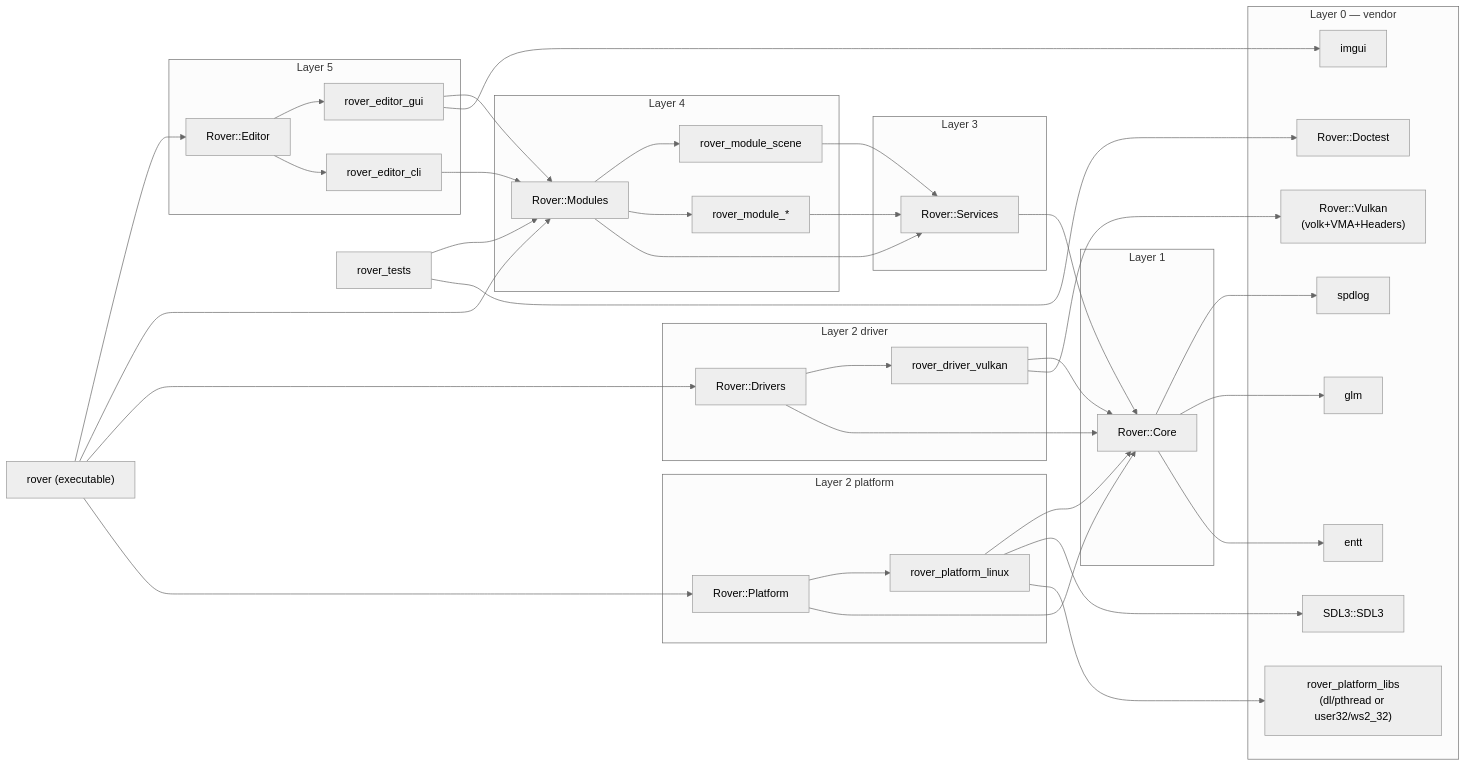
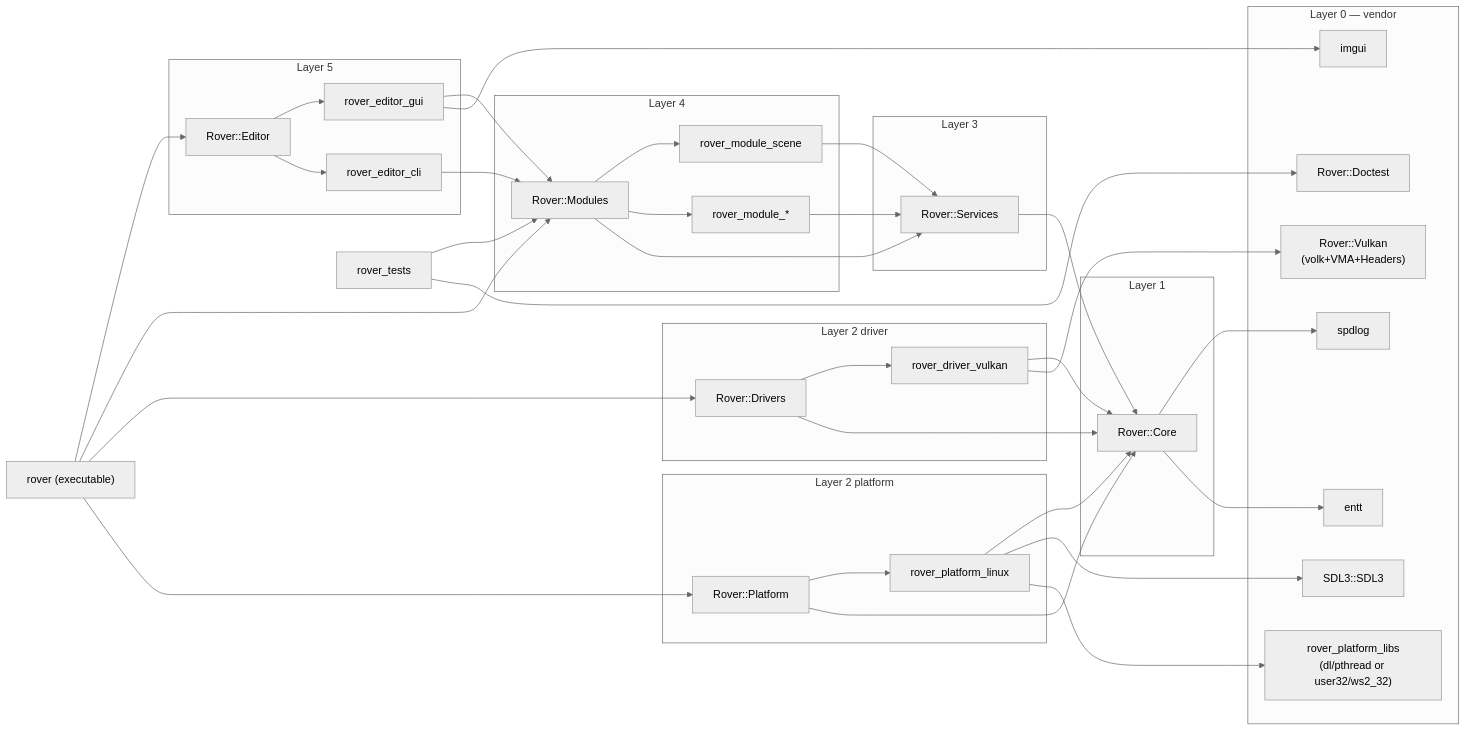
One commit to Furry-Monster/Rover changed the second of 2 diagrams in docs/dev/ARCHITECTURE.md. Above: the diagram before and after it, drawn with Mermaid (neutral theme). The commit also changed other lines of this file and 14 other files, not shown here.

First line of the commit message:
refactor: remove glm dependency from core math types and implement custom math structures

````diff
--- a/docs/dev/ARCHITECTURE.md
+++ b/docs/dev/ARCHITECTURE.md
@@ -144,76 +144,74 @@
 ```mermaid
 graph LR
     subgraph vendor ["Layer 0 — vendor"]
         SDL3["SDL3::SDL3"]
         RoverVulkan["Rover::Vulkan<br/>(volk+VMA+Headers)"]
         ImGui["imgui"]
         spdlog["spdlog"]
         entt["entt"]
-        glm["glm"]
         doctest["Rover::Doctest"]
         platlibs["rover_platform_libs<br/>(dl/pthread or user32/ws2_32)"]
     end
 
     subgraph core_layer ["Layer 1"]
         Core["Rover::Core"]
     end
 
     subgraph driver_layer ["Layer 2 driver"]
         DrvVk["rover_driver_vulkan"]
         Drivers["Rover::Drivers"]
     end
 
     subgraph platform_layer ["Layer 2 platform"]
         PltLinux["rover_platform_linux"]
         Platform["Rover::Platform"]
     end
 
     subgraph svc_layer ["Layer 3"]
         Services["Rover::Services"]
     end
 
     subgraph mod_layer ["Layer 4"]
         ModScene["rover_module_scene"]
         ModOther["rover_module_*"]
         Modules["Rover::Modules"]
     end
 
     subgraph ed_layer ["Layer 5"]
         EdGui["rover_editor_gui"]
         EdCli["rover_editor_cli"]
         Editor["Rover::Editor"]
     end
 
     Main["rover (executable)"]
     Tests["rover_tests"]
 
     Core --> spdlog
-    Core --> glm
     Core --> entt
     DrvVk --> Core
     DrvVk --> RoverVulkan
     Drivers --> DrvVk
     Drivers --> Core
     PltLinux --> Core
     PltLinux --> SDL3
     PltLinux --> platlibs
     Platform --> PltLinux
     Platform --> Core
     Services --> Core
     ModScene --> Services
     ModOther --> Services
     Modules --> ModScene
     Modules --> ModOther
     Modules --> Services
     EdGui --> Modules
     EdGui --> ImGui
     EdCli --> Modules
     Editor --> EdGui
     Editor --> EdCli
     Main --> Editor
     Main --> Modules
     Main --> Drivers
     Main --> Platform
     Tests --> Modules
     Tests --> doctest
 ```
````
